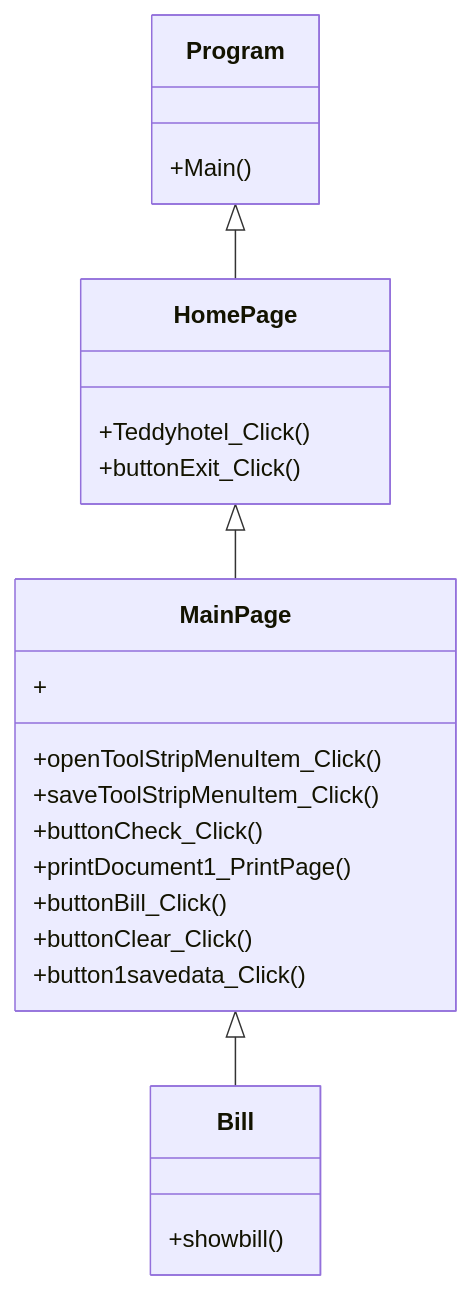
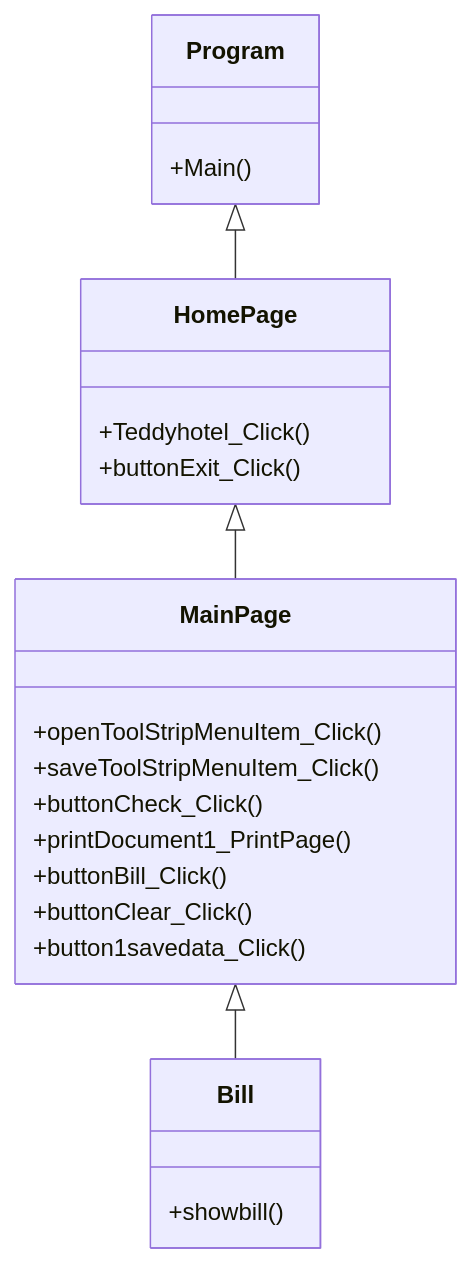
One commit to natboon/FinalProject643450647_2 changed the diagram in README.md. Above: the diagram before and after it, drawn with Mermaid.

````diff
--- a/README.md
+++ b/README.md
@@ -13,25 +13,24 @@
 ```mermaid
 classDiagram
     Program <|-- HomePage
     HomePage <|-- MainPage
     MainPage <|-- Bill
     Program : +Main()
     class HomePage{
         +Teddyhotel_Click()
         +buttonExit_Click()
     }
     class MainPage{
         +openToolStripMenuItem_Click()
         +saveToolStripMenuItem_Click()
         +buttonCheck_Click()
         +printDocument1_PrintPage()
         +buttonBill_Click()
         +buttonClear_Click()
         +button1savedata_Click()
-        +
     }
     class Bill{
         +showbill()
     }
   
 ```
````
